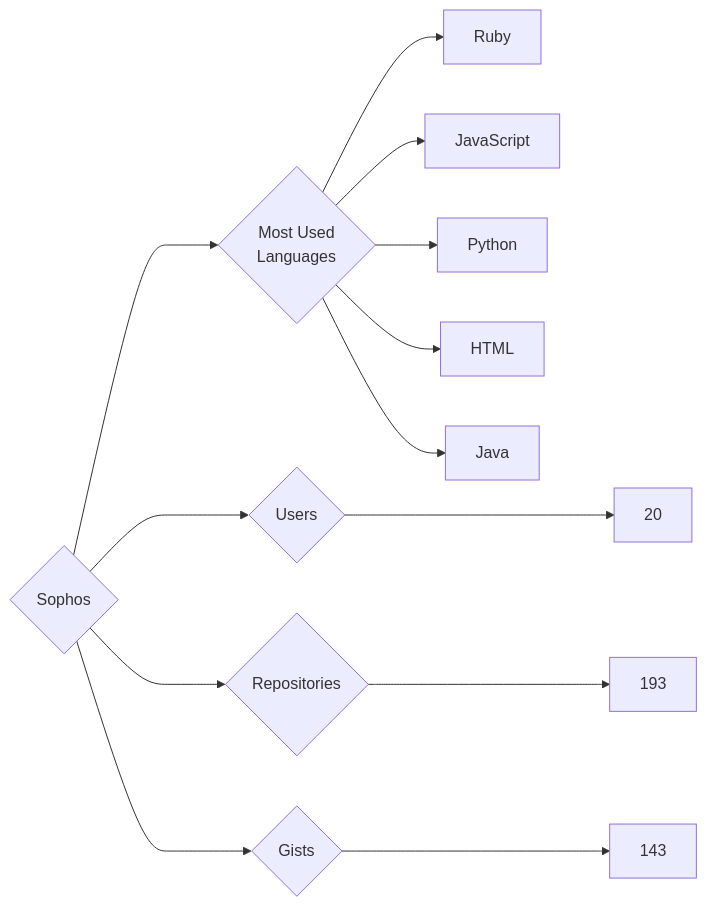
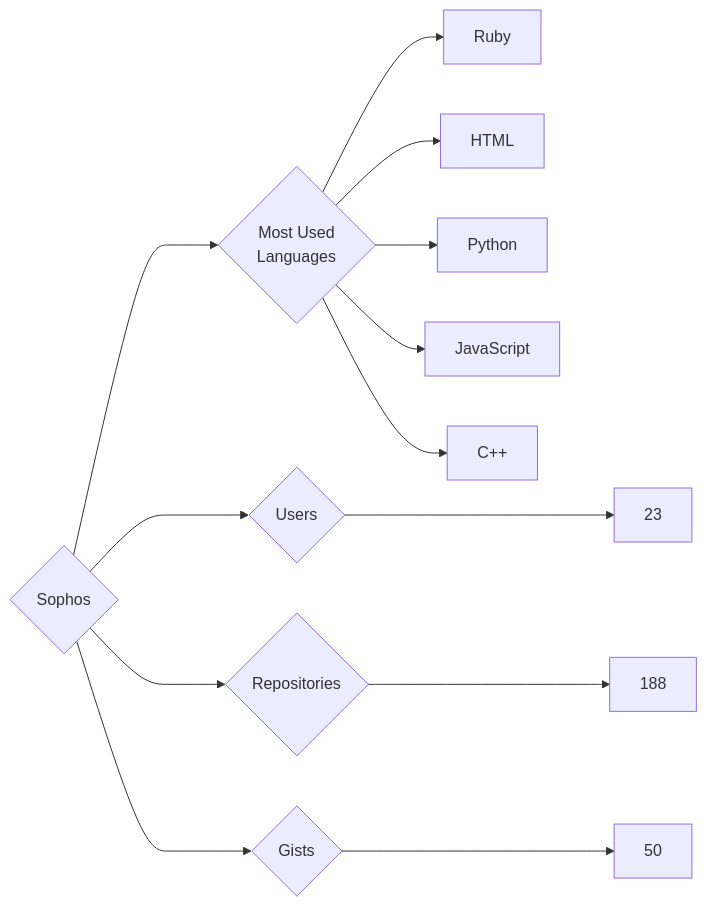
One commit to trickest/insiders changed the diagram in targets/Sophos/README.md. Above: the diagram before and after it, drawn with Mermaid. The commit also changed 976 other files, not shown here.

````diff
--- a/targets/Sophos/README.md
+++ b/targets/Sophos/README.md
@@ -3,13 +3,13 @@
 ```mermaid
 graph LR
 COMPANY_NAME{Sophos}
-COMPANY_NAME ---> U{Users} ---> UN[20]
-COMPANY_NAME ---> R{Repositories} ---> RN[193]
-COMPANY_NAME ---> G{Gists} ---> GN[143]
+COMPANY_NAME ---> U{Users} ---> UN[23]
+COMPANY_NAME ---> R{Repositories} ---> RN[188]
+COMPANY_NAME ---> G{Gists} ---> GN[50]
 COMPANY_NAME ---> ML{Most Used<br>Languages}
 ML --> Ruby[Ruby]
+ML --> HTML[HTML]
+ML --> Python[Python]
 ML --> JavaScript[JavaScript]
-ML --> Python[Python]
-ML --> HTML[HTML]
-ML --> Java[Java]
+ML --> C++[C++]
 ```
````
